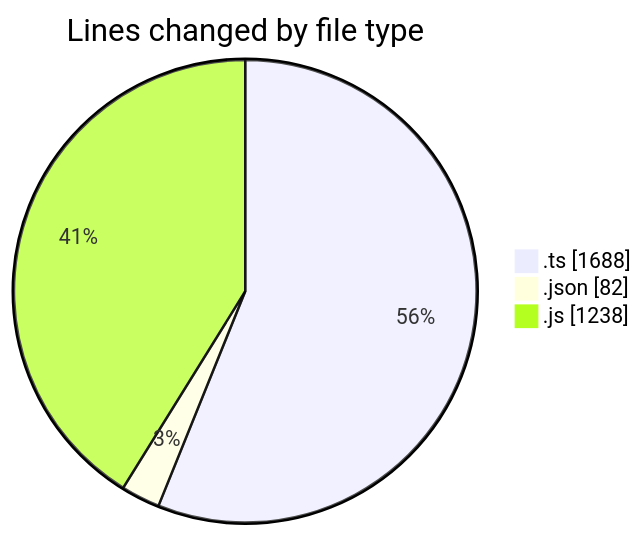
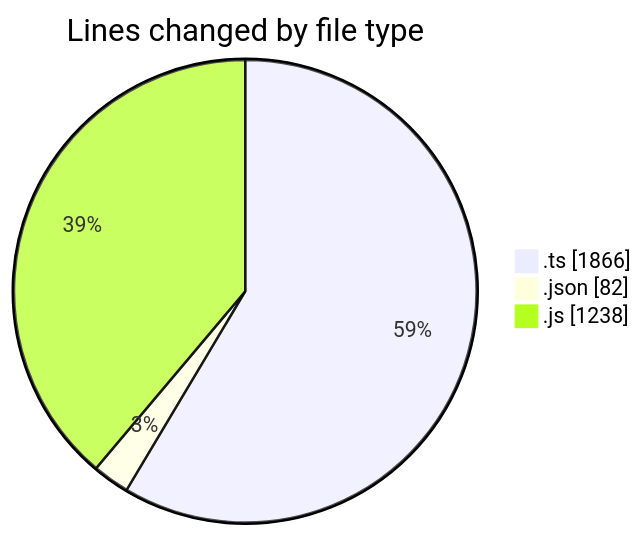
One commit to momahboobian/code-tracking changed the first of 2 diagrams in 2025-07-30/cda/README.md. Above: the diagram before and after it, drawn with Mermaid. The commit also changed other lines of this file and 1 other file, not shown here.

````diff
--- a/2025-07-30/cda/README.md
+++ b/2025-07-30/cda/README.md
@@ -25,7 +26,7 @@
 ```mermaid
 pie showData
 title Lines changed by file type
-".ts" : 1688
+".ts" : 1866
 ".json" : 82
 ".js" : 1238
 ```
````
